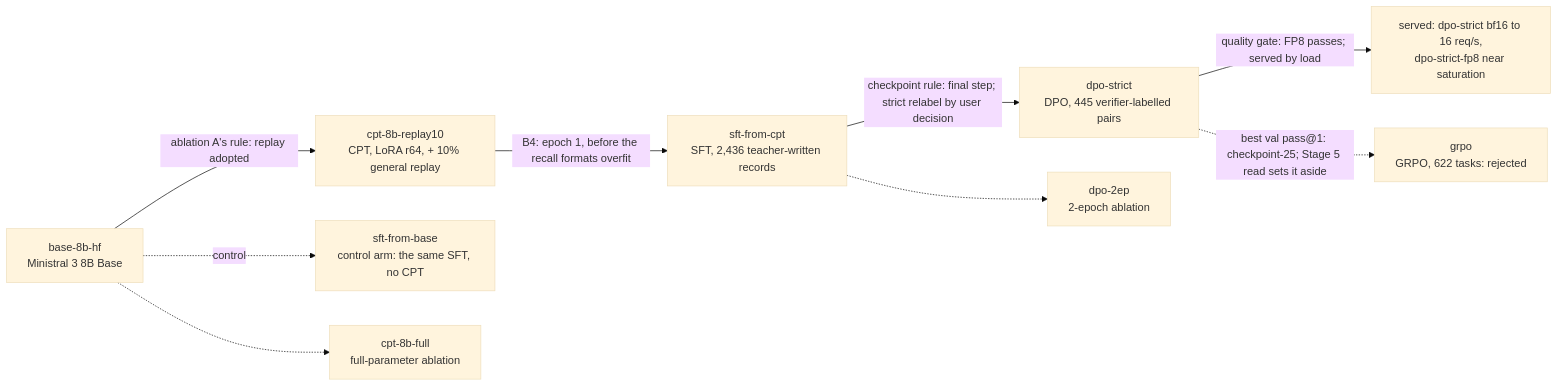
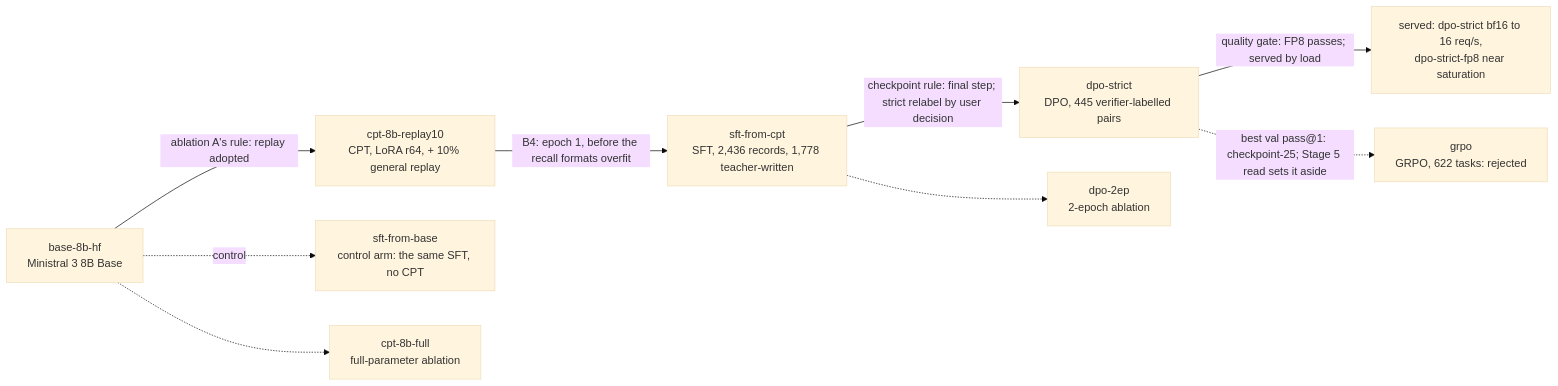
The diagram in README.md (franalli/struct-lm), drawn with Mermaid (base theme) before and after one commit. The commit also changed other lines of this file and 15 other files, not shown here.

````diff
--- a/README.md
+++ b/README.md
@@ -73,20 +90,20 @@
 ```mermaid
 flowchart LR
   base["base-8b-hf<br/>Ministral 3 8B Base"]
   cpt["cpt-8b-replay10<br/>CPT, LoRA r64, + 10% general replay"]
-  sft["sft-from-cpt<br/>SFT, 2,436 teacher-written records"]
+  sft["sft-from-cpt<br/>SFT, 2,436 records, 1,778 teacher-written"]
   dpo["dpo-strict<br/>DPO, 445 verifier-labelled pairs"]
   served["served: dpo-strict bf16 to 16 req/s,<br/>dpo-strict-fp8 near saturation"]
   sftb["sft-from-base<br/>control arm: the same SFT, no CPT"]
   grpo["grpo<br/>GRPO, 622 tasks: rejected"]
   full["cpt-8b-full<br/>full-parameter ablation"]
   dpo2["dpo-2ep<br/>2-epoch ablation"]
   base -->|"ablation A's rule: replay adopted"| cpt
   cpt -->|"B4: epoch 1, before the recall formats overfit"| sft
   sft -->|"checkpoint rule: final step; strict relabel by user decision"| dpo
   dpo -->|"quality gate: FP8 passes; served by load"| served
   base -.->|"control"| sftb
   base -.-> full
   sft -.-> dpo2
   dpo -.->|"best val pass@1: checkpoint-25; Stage 5 read sets it aside"| grpo
 ```
````
